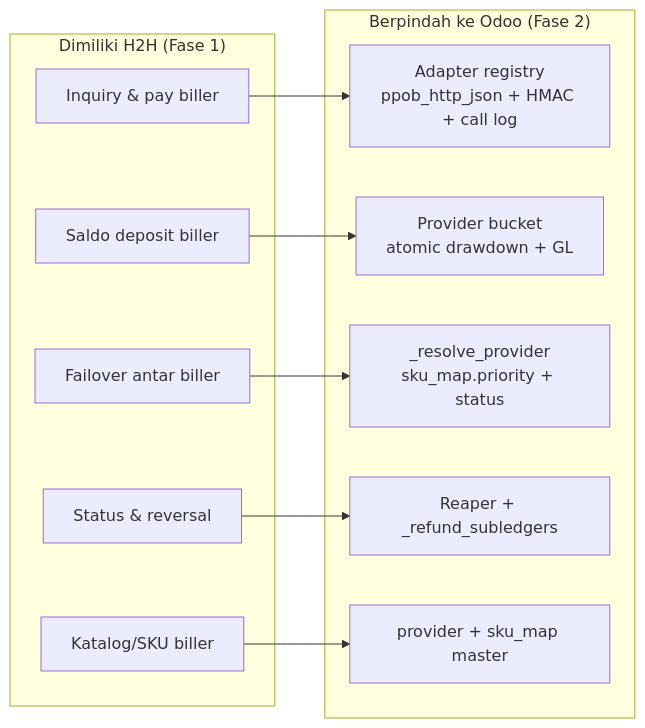
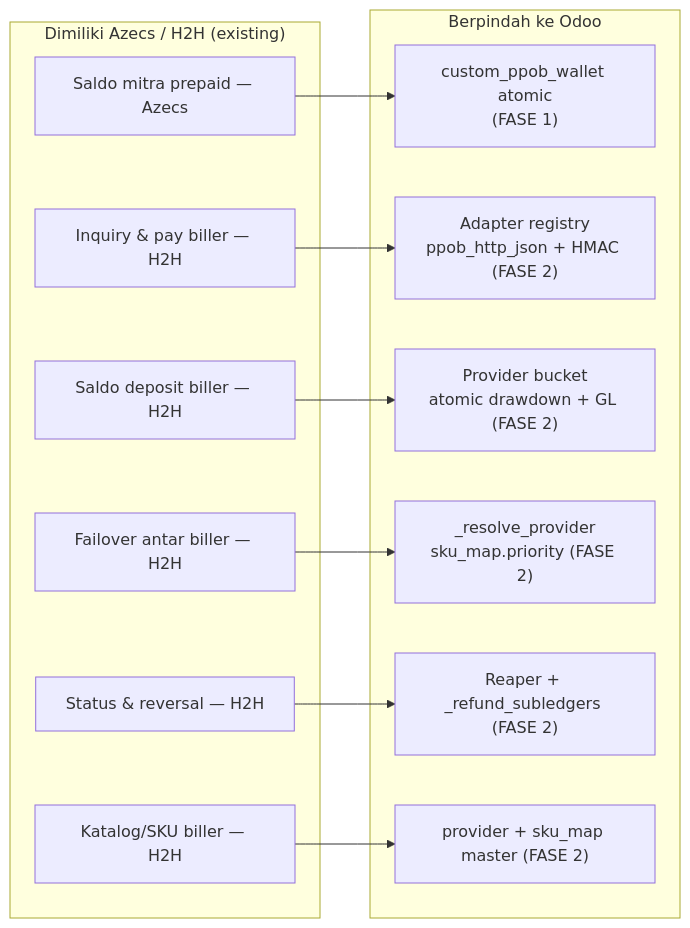
The fourth of 5 diagrams in docs/projects/ppob/ppob-eraspace-odoo-target-architecture.md (sarangrumah/odoo-platform), drawn with Mermaid before and after one commit. The commit also changed other lines of this file and 31 other files, not shown here.

First line of the commit message:
feat(ppob): Digiflazz biller adapter, SLA targets & throughput, Eraspace architecture revision

````diff
--- a/docs/projects/ppob/ppob-eraspace-odoo-target-architecture.md
+++ b/docs/projects/ppob/ppob-eraspace-odoo-target-architecture.md
@@ -158,22 +161,25 @@
 ```mermaid
 flowchart LR
-    subgraph H2Hown["Dimiliki H2H (Fase 1)"]
-        h1[Inquiry & pay biller]
-        h2[Saldo deposit biller]
-        h3[Failover antar biller]
-        h4[Status & reversal]
-        h5[Katalog/SKU biller]
+    subgraph Own["Dimiliki Azecs / H2H (existing)"]
+        z1[Saldo mitra prepaid — Azecs]
+        h1[Inquiry & pay biller — H2H]
+        h2[Saldo deposit biller — H2H]
+        h3[Failover antar biller — H2H]
+        h4[Status & reversal — H2H]
+        h5[Katalog/SKU biller — H2H]
     end
-    subgraph Odooown["Berpindah ke Odoo (Fase 2)"]
-        o1["Adapter registry<br/>ppob_http_json + HMAC + call log"]
-        o2["Provider bucket<br/>atomic drawdown + GL"]
-        o3["_resolve_provider<br/>sku_map.priority + status"]
-        o4["Reaper + _refund_subledgers"]
-        o5["provider + sku_map master"]
+    subgraph Odooown["Berpindah ke Odoo"]
+        o0["custom_ppob_wallet atomic<br/>(FASE 1)"]
+        o1["Adapter registry<br/>ppob_http_json + HMAC (FASE 2)"]
+        o2["Provider bucket<br/>atomic drawdown + GL (FASE 2)"]
+        o3["_resolve_provider<br/>sku_map.priority (FASE 2)"]
+        o4["Reaper + _refund_subledgers (FASE 2)"]
+        o5["provider + sku_map master (FASE 2)"]
     end
+    z1 --> o0
     h1 --> o1
     h2 --> o2
     h3 --> o3
     h4 --> o4
     h5 --> o5
 ```
````
